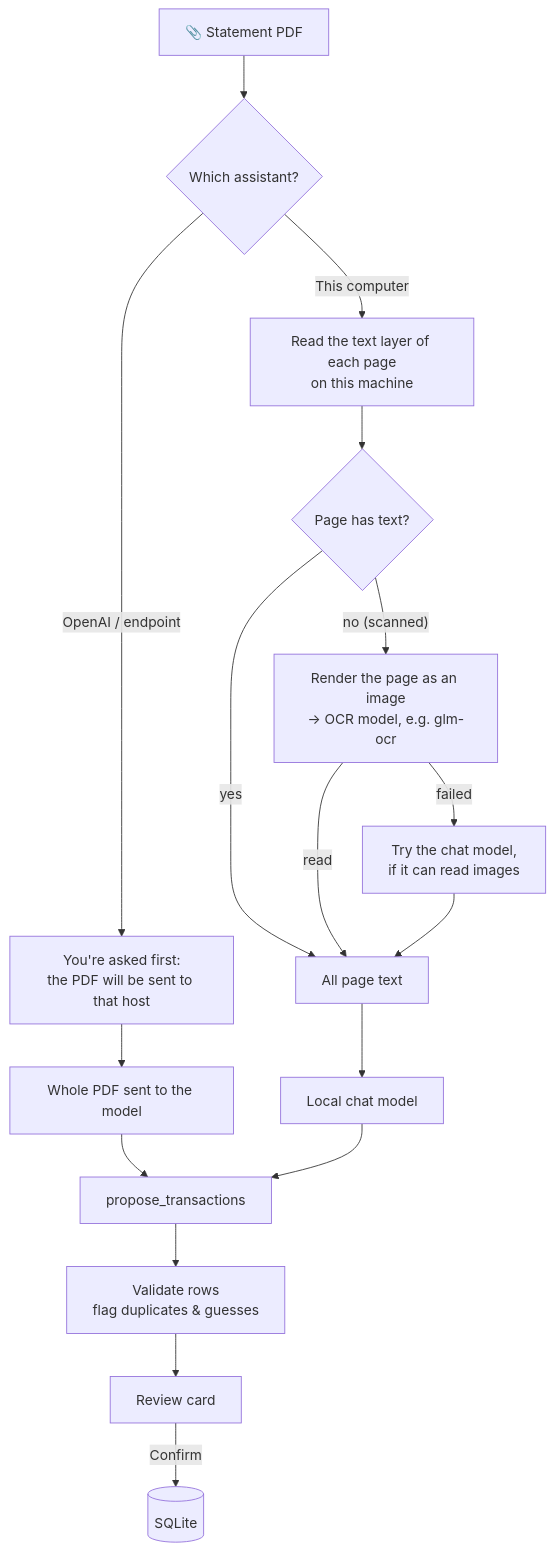
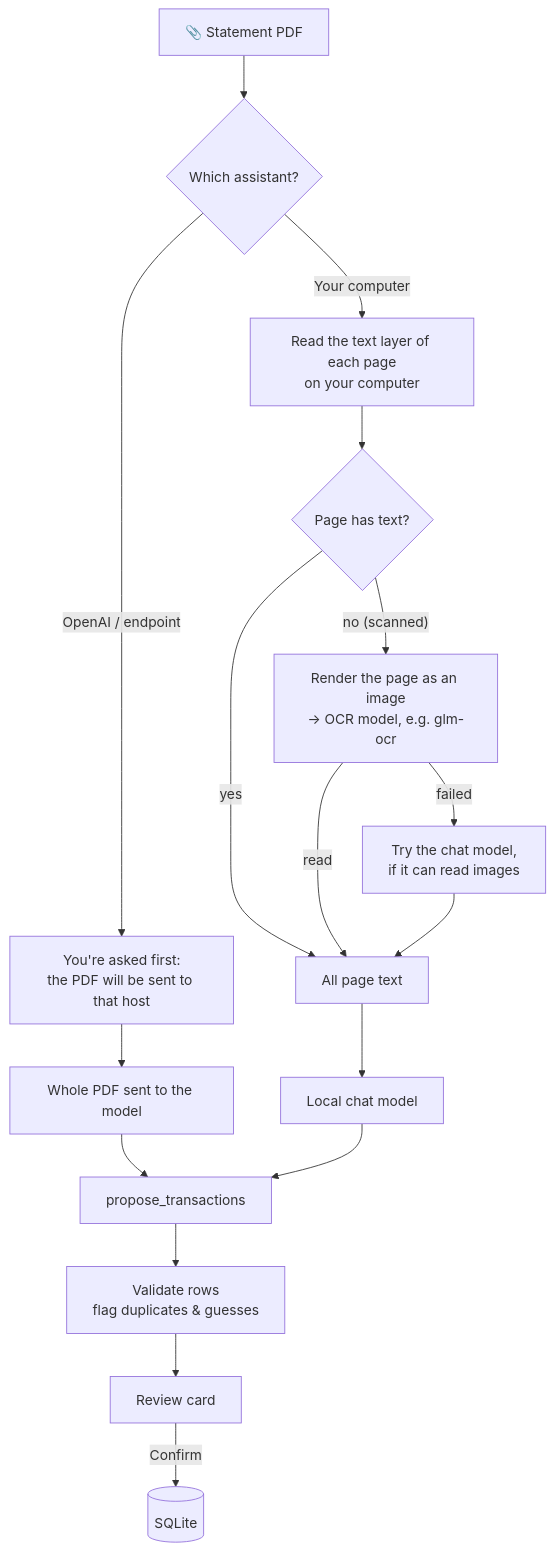
Before and after one commit to SameerR007/haushaltsbuch: the fourth of 4 diagrams in README.md, drawn with Mermaid. The commit also changed other lines of this file and 13 other files, not shown here.

First line of the commit message:
Add the homepage promo video, a sound toggle, and "your computer" wording.

````diff
--- a/README.md
+++ b/README.md
@@ -134,21 +134,21 @@
 ```mermaid
 flowchart TD
     PDF[📎 Statement PDF] --> Q{Which assistant?}
 
     Q -- "OpenAI / endpoint" --> ASK[You're asked first:<br/>the PDF will be sent to that host]
     ASK --> SEND[Whole PDF sent to the model] --> PROP
 
-    Q -- "This computer" --> TXT[Read the text layer of each page<br/>on this machine]
+    Q -- "Your computer" --> TXT[Read the text layer of each page<br/>on your computer]
     TXT --> K{Page has text?}
     K -- yes --> MERGE
     K -- "no (scanned)" --> OCR[Render the page as an image<br/>→ OCR model, e.g. glm-ocr]
     OCR -- "failed" --> VIS[Try the chat model,<br/>if it can read images]
     OCR -- "read" --> MERGE
     VIS --> MERGE
     MERGE[All page text] --> LOCAL[Local chat model]
     LOCAL --> PROP
 
     PROP[propose_transactions] --> VAL[Validate rows<br/>flag duplicates & guesses]
     VAL --> CARD[Review card]
     CARD -- Confirm --> SAVE[(SQLite)]
 ```
````
